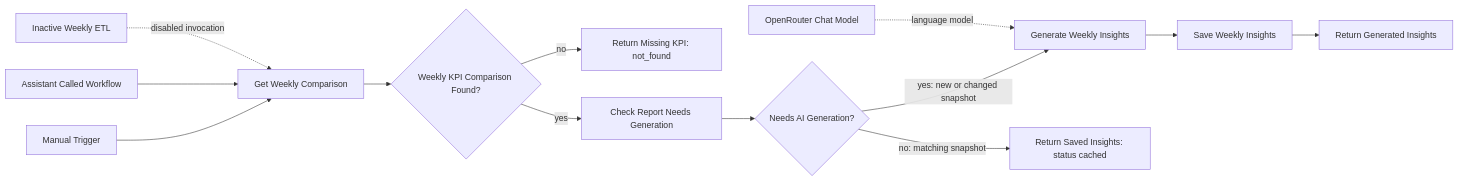
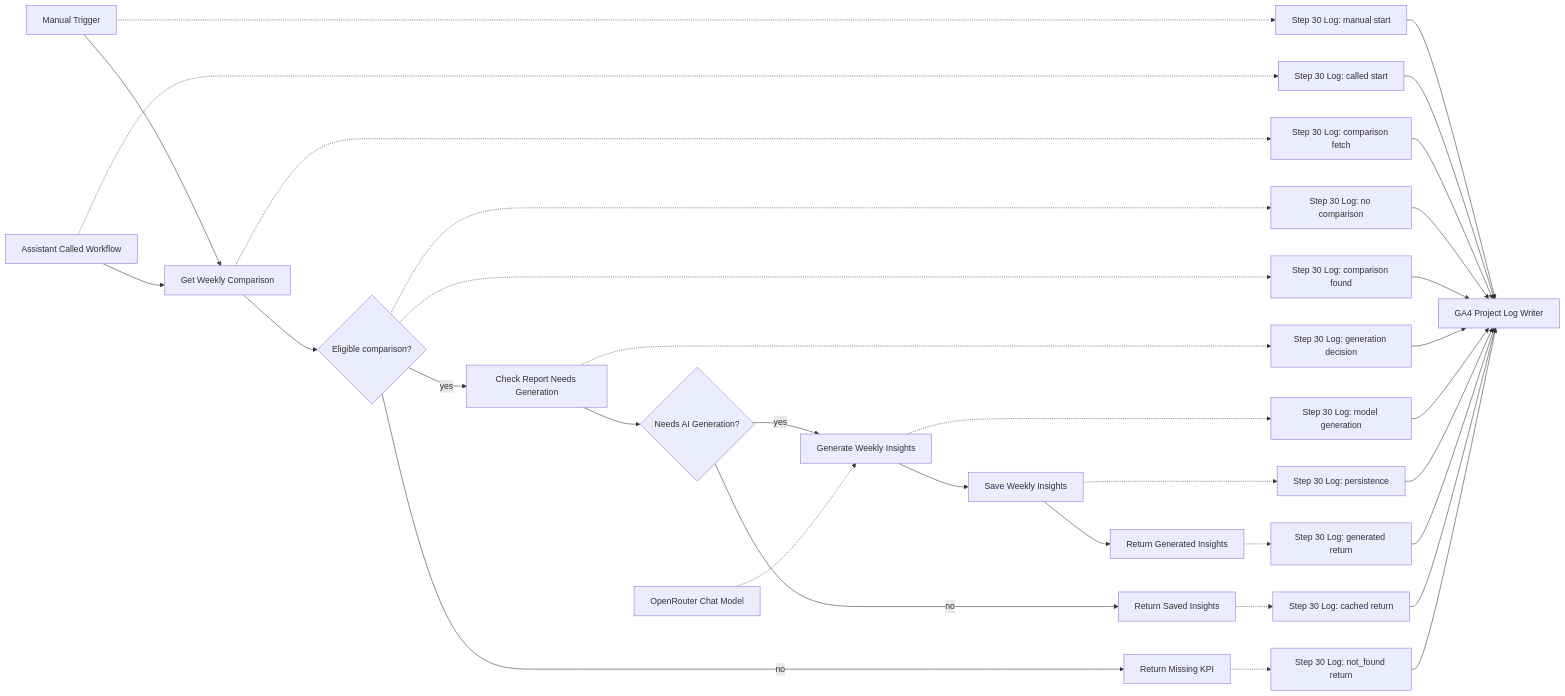
One commit to cizmeli/ga4-ai-analytics-automation changed the diagram in workflows/docs/ga4-weekly-ai-insights.md. Above: the diagram before and after it, drawn with Mermaid. The commit also changed other lines of this file and 16 other files, not shown here.

Commit message:
docs: sync GA4 workflow snapshot and status

````diff
--- a/workflows/docs/ga4-weekly-ai-insights.md
+++ b/workflows/docs/ga4-weekly-ai-insights.md
@@ -47,15 +46,36 @@
-```mermaid
+~~~mermaid
 flowchart LR
   M[Manual Trigger] --> Q[Get Weekly Comparison]
   C[Assistant Called Workflow] --> Q
-  ETL[Inactive Weekly ETL] -. disabled invocation .-> Q
-  Q --> F{Weekly KPI Comparison Found?}
-  F -->|no| MK[Return Missing KPI: not_found]
+  Q -.-> L3[Step 30 Log: comparison fetch]
+  Q --> F{Eligible comparison?}
+  F -->|no| MK[Return Missing KPI]
+  F -.-> L4[Step 30 Log: no comparison]
+  F -.-> L5[Step 30 Log: comparison found]
   F -->|yes| K[Check Report Needs Generation]
+  K -.-> L6[Step 30 Log: generation decision]
   K --> B{Needs AI Generation?}
-  B -->|yes: new or changed snapshot| L[Generate Weekly Insights]
-  L --> S[Save Weekly Insights]
-  S --> RG[Return Generated Insights]
-  B -->|no: matching snapshot| R[Return Saved Insights: status cached]
-  O[OpenRouter Chat Model] -. language model .-> L
-```
+  B -->|yes| G[Generate Weekly Insights]
+  G -.-> L8[Step 30 Log: model generation]
+  G --> S[Save Weekly Insights]
+  S -.-> L9[Step 30 Log: persistence]
+  S --> R1[Return Generated Insights]
+  B -->|no| R2[Return Saved Insights]
+  R1 -.-> L10[Step 30 Log: generated return]
+  R2 -.-> L11[Step 30 Log: cached return]
+  MK -.-> L12[Step 30 Log: not_found return]
+  M -.-> L1[Step 30 Log: manual start]
+  C -.-> L2[Step 30 Log: called start]
+  L1 --> LOG[GA4 Project Log Writer]
+  L2 --> LOG
+  L3 --> LOG
+  L4 --> LOG
+  L5 --> LOG
+  L6 --> LOG
+  L8 --> LOG
+  L9 --> LOG
+  L10 --> LOG
+  L11 --> LOG
+  L12 --> LOG
+  O[OpenRouter Chat Model] -.-> G
+~~~
````
